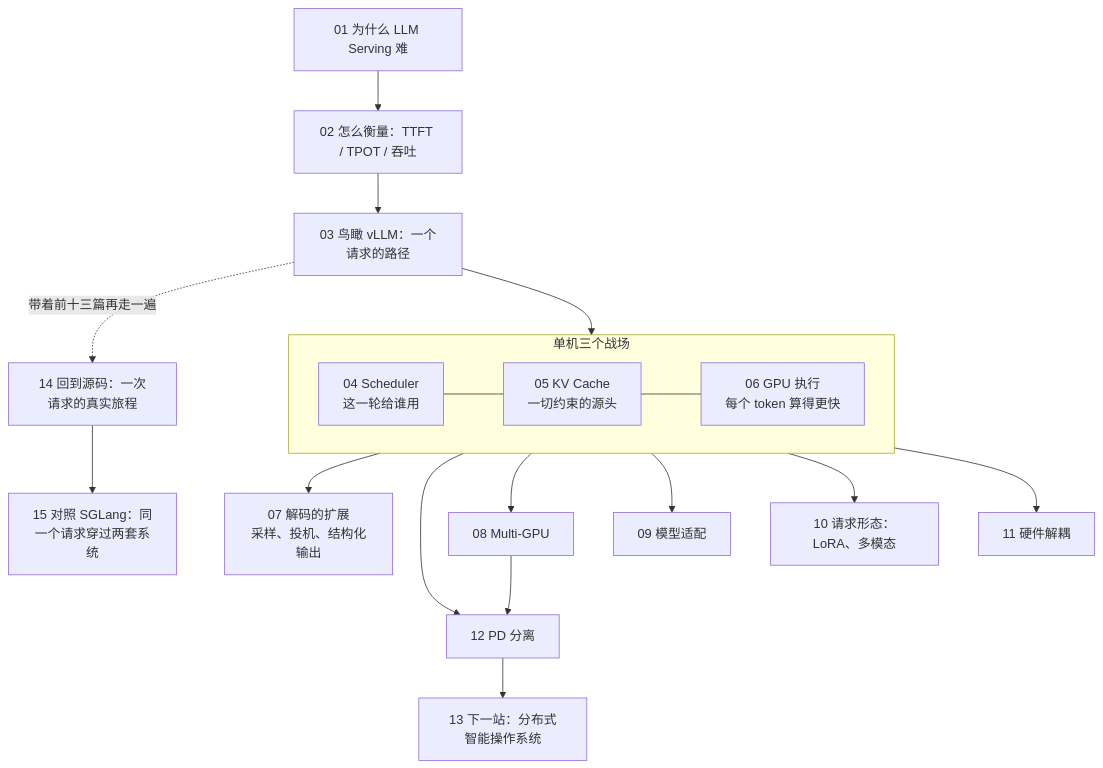
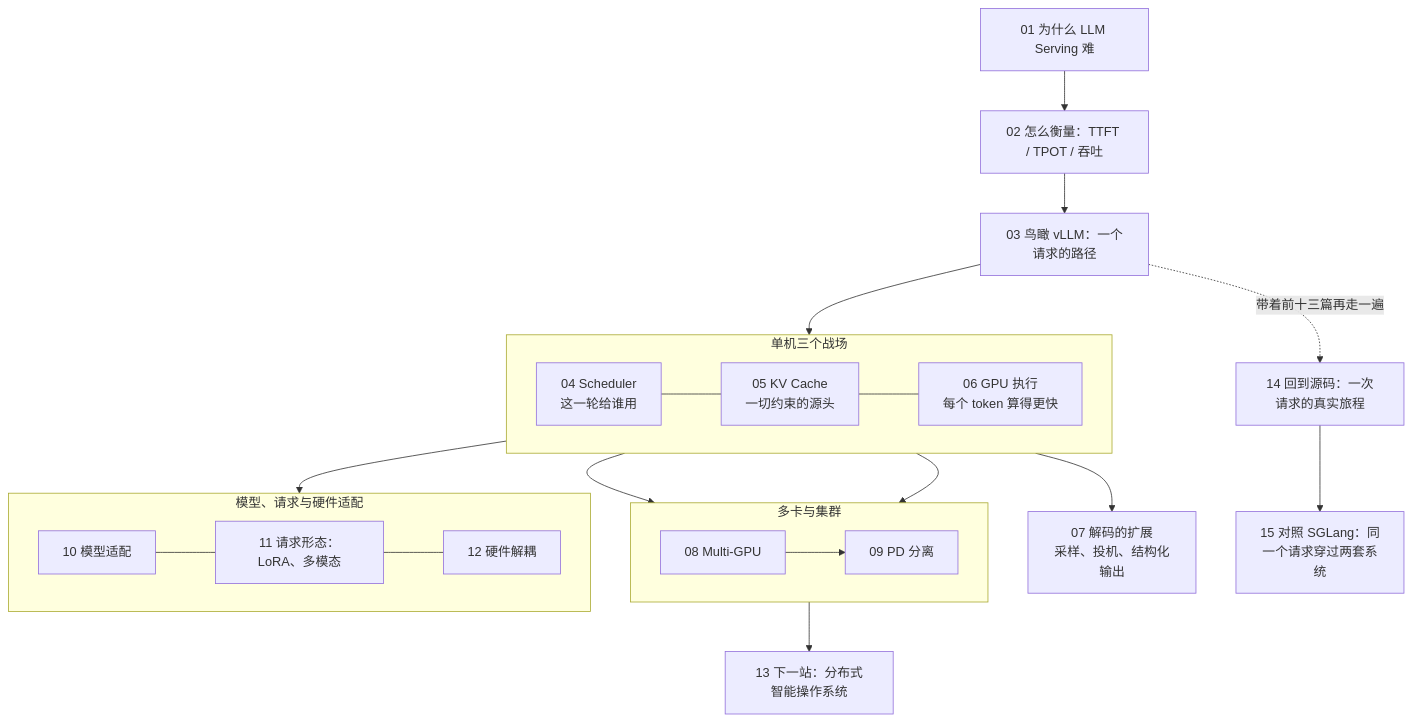
The first of 2 diagrams in _posts/2026-08-25-deep-dive-into-vllm-series-recap-and-self-test.md (arganzheng/arganzheng.github.com), drawn with Mermaid before and after one commit. The commit also changed other lines of this file and 13 other files, not shown here.

First line of the commit message:
vLLM 系列按总纲主线调序：PD 分离 12→09，模型适配 / 请求形态 / 硬件解耦顺延为 10 / 11 / 12

````diff
--- a/_posts/2026-08-25-deep-dive-into-vllm-series-recap-and-self-test.md
+++ b/_posts/2026-08-25-deep-dive-into-vllm-series-recap-and-self-test.md
@@ -19,17 +20,27 @@
 ```mermaid
 %%{init: {"flowchart": {"wrappingWidth": 150}}}%%
-%% 图：vLLM 系列全景：问题 → 指标 → 全景 → 单机三个战场 → 扩展与适配 → 演进 → 源码 → 对照 SGLang
+%% 图：vLLM 系列全景：问题 → 指标 → 全景 → 单机三个战场 → 多卡与集群 → 模型、请求与硬件适配 → 演进 → 源码 → 对照 SGLang
 flowchart TB
     V1["01 为什么 LLM Serving 难"] --> V2["02 怎么衡量：TTFT / TPOT / 吞吐"] --> V3["03 鸟瞰 vLLM：一个请求的路径"]
     subgraph ONE["单机三个战场"]
         direction LR
         V4["04 Scheduler<br/>这一轮给谁用"] --- V5["05 KV Cache<br/>一切约束的源头"] --- V6["06 GPU 执行<br/>每个 token 算得更快"]
     end
     V3 --> ONE
     V6 --> V7["07 解码的扩展<br/>采样、投机、结构化输出"]
-    ONE --> V8["08 Multi-GPU"] & V9["09 模型适配"] & V10["10 请求形态：LoRA、多模态"] & V11["11 硬件解耦"]
-    V5 & V8 --> V12["12 PD 分离"] --> V13["13 下一站：分布式智能操作系统"]
+    subgraph SCALE["多卡与集群"]
+        direction LR
+        V8["08 Multi-GPU"] --> V9["09 PD 分离"]
+    end
+    subgraph ADAPT["模型、请求与硬件适配"]
+        direction LR
+        V10["10 模型适配"] --- V11["11 请求形态：LoRA、多模态"] --- V12["12 硬件解耦"]
+    end
+    ONE --> SCALE
+    V5 --> V9
+    ONE --> ADAPT
+    SCALE --> V13["13 下一站：分布式智能操作系统"]
     V3 -. "带着前十三篇再走一遍" .-> V14["14 回到源码：一次请求的真实旅程"]
     V14 --> V15["15 对照 SGLang：同一个请求穿过两套系统"]
 
 ```
````
